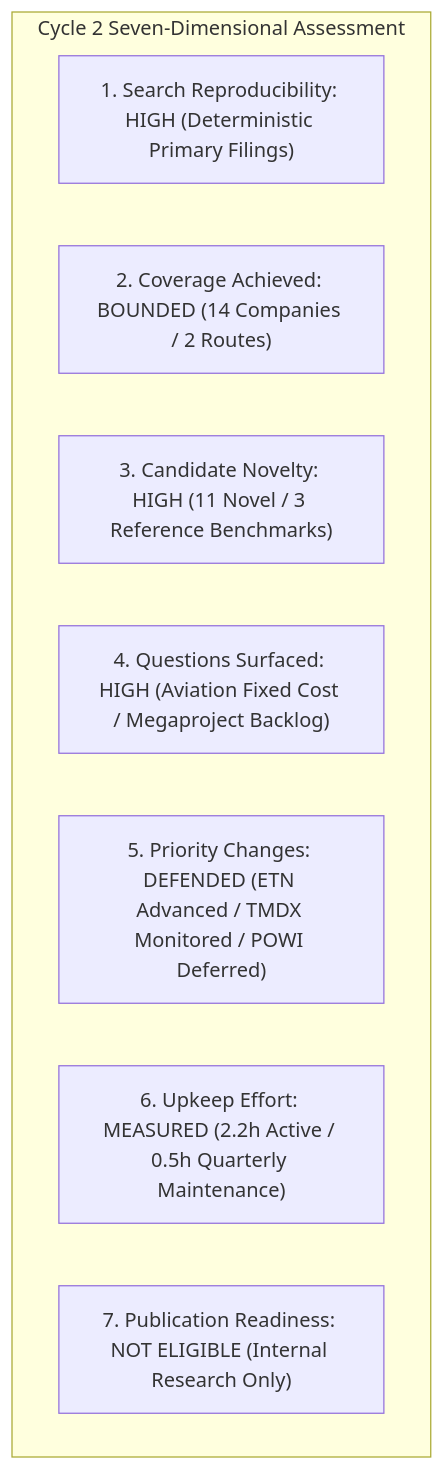
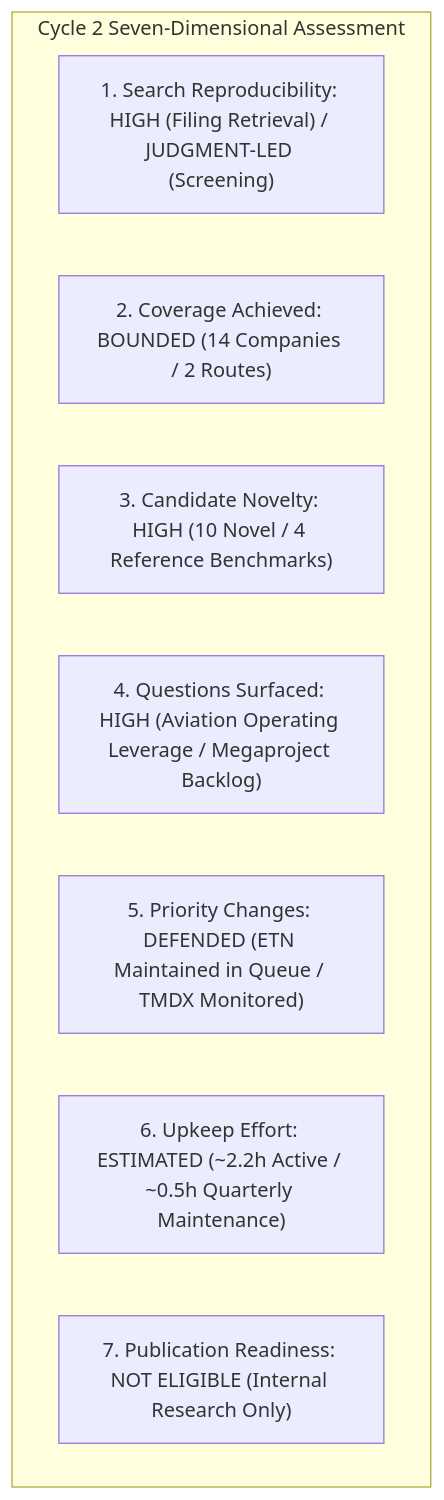
One commit to daakara/finance changed the diagram in docs/research/discovery_cycle_2/CYCLE_2_EVALUATION_REPORT.md. Above: the diagram before and after it, drawn with Mermaid. The commit also changed other lines of this file and 6 other files, not shown here.

Commit message:
fix(research): reconcile TMDX and ETN primary source financials and correct discovery claims (PR #46)

````diff
--- a/docs/research/discovery_cycle_2/CYCLE_2_EVALUATION_REPORT.md
+++ b/docs/research/discovery_cycle_2/CYCLE_2_EVALUATION_REPORT.md
@@ -45,12 +48,12 @@
 ```mermaid
 flowchart TD
     subgraph EvalDimensions["Cycle 2 Seven-Dimensional Assessment"]
-        D1["1. Search Reproducibility: HIGH (Deterministic Primary Filings)"]
+        D1["1. Search Reproducibility: HIGH (Filing Retrieval) / JUDGMENT-LED (Screening)"]
         D2["2. Coverage Achieved: BOUNDED (14 Companies / 2 Routes)"]
-        D3["3. Candidate Novelty: HIGH (11 Novel / 3 Reference Benchmarks)"]
-        D4["4. Questions Surfaced: HIGH (Aviation Fixed Cost / Megaproject Backlog)"]
-        D5["5. Priority Changes: DEFENDED (ETN Advanced / TMDX Monitored / POWI Deferred)"]
-        D6["6. Upkeep Effort: MEASURED (2.2h Active / 0.5h Quarterly Maintenance)"]
+        D3["3. Candidate Novelty: HIGH (10 Novel / 4 Reference Benchmarks)"]
+        D4["4. Questions Surfaced: HIGH (Aviation Operating Leverage / Megaproject Backlog)"]
+        D5["5. Priority Changes: DEFENDED (ETN Maintained in Queue / TMDX Monitored)"]
+        D6["6. Upkeep Effort: ESTIMATED (~2.2h Active / ~0.5h Quarterly Maintenance)"]
         D7["7. Publication Readiness: NOT ELIGIBLE (Internal Research Only)"]
     end
 ```
````
